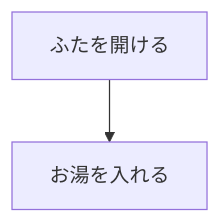
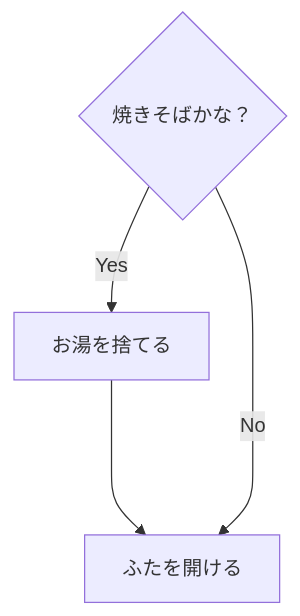
Before and after one commit to SekigutiTakumi/zuka08kadai: the diagram in README.md, drawn with Mermaid.

````diff
--- a/README.md
+++ b/README.md
@@ -1,7 +1,10 @@
 ```mermaid
+
 flowchart TD
+yakisoba{"焼きそばかな？"}
 open["ふたを開ける"]
-water["お湯を入れる"]
-open --> water
+sute["お湯を捨てる"]
 
+yakisoba --> |Yes| sute ---> open
+yakisoba --> |No| open
 ```
````
